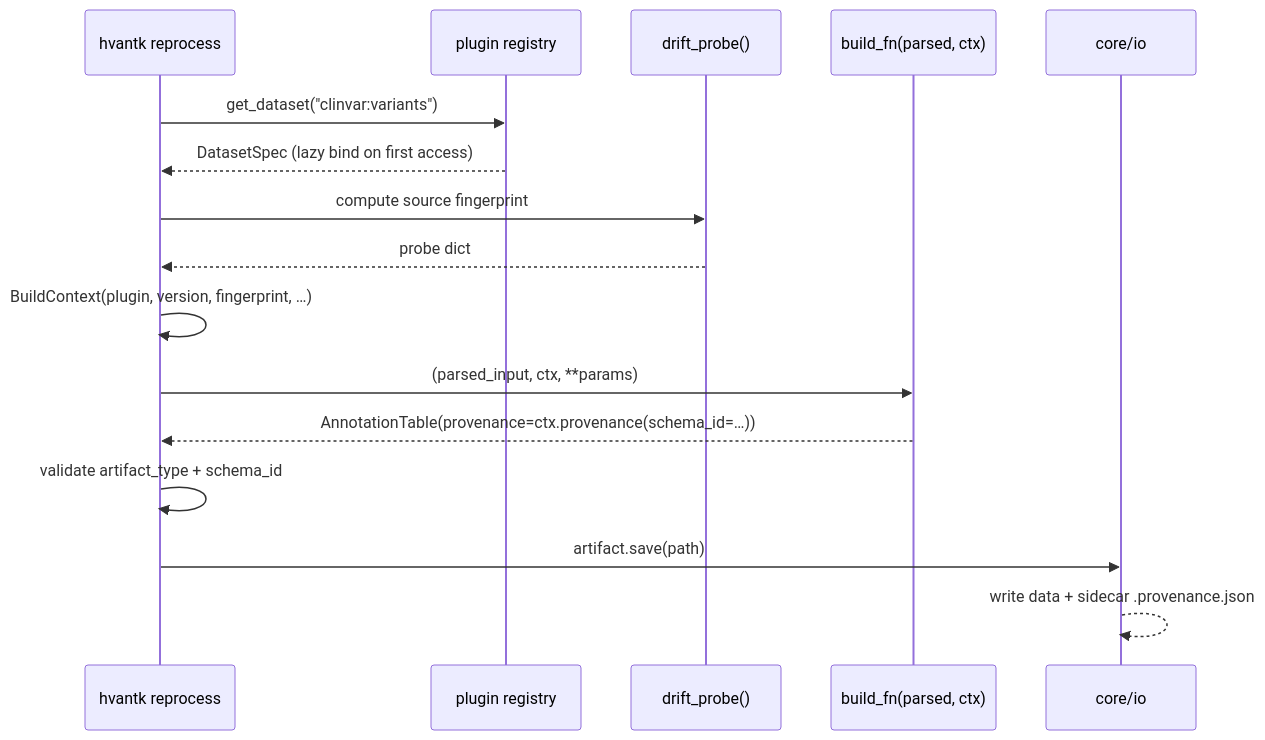
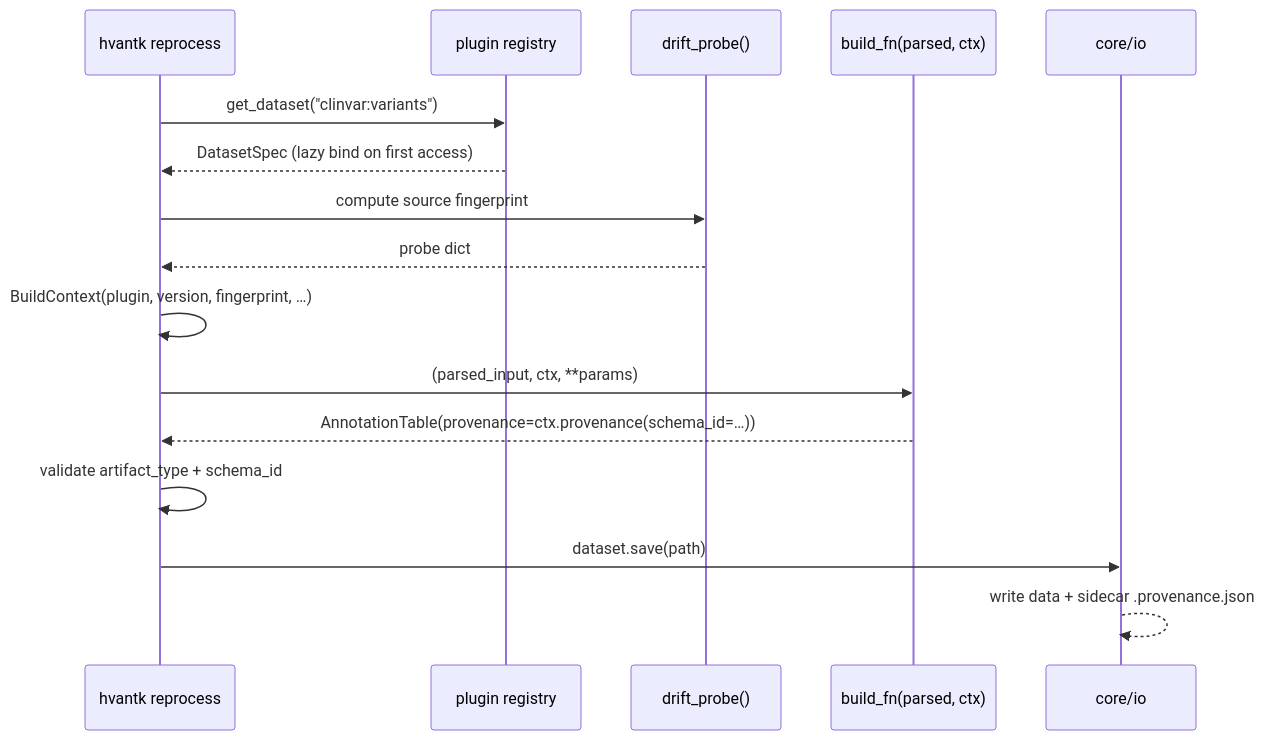
The diagram in docs_site/architecture.md (bigbio/hvantk), drawn with Mermaid before and after one commit. The commit also changed other lines of this file and 13 other files, not shown here.

Commit message:
docs: say "dataset", not "typed artifact"

````diff
--- a/docs_site/architecture.md
+++ b/docs_site/architecture.md
@@ -229,19 +229,19 @@
 ```mermaid
 sequenceDiagram
     participant CLI as hvantk reprocess
     participant Reg as plugin registry
     participant Probe as drift_probe()
     participant Build as build_fn(parsed, ctx)
     participant IO as core/io
 
     CLI->>Reg: get_dataset("clinvar:variants")
     Reg-->>CLI: DatasetSpec (lazy bind on first access)
     CLI->>Probe: compute source fingerprint
     Probe-->>CLI: probe dict
     CLI->>CLI: BuildContext(plugin, version, fingerprint, …)
     CLI->>Build: (parsed_input, ctx, **params)
     Build-->>CLI: AnnotationTable(provenance=ctx.provenance(schema_id=…))
     CLI->>CLI: validate artifact_type + schema_id
-    CLI->>IO: artifact.save(path)
+    CLI->>IO: dataset.save(path)
     IO-->>IO: write data + sidecar .provenance.json
 ```
````
